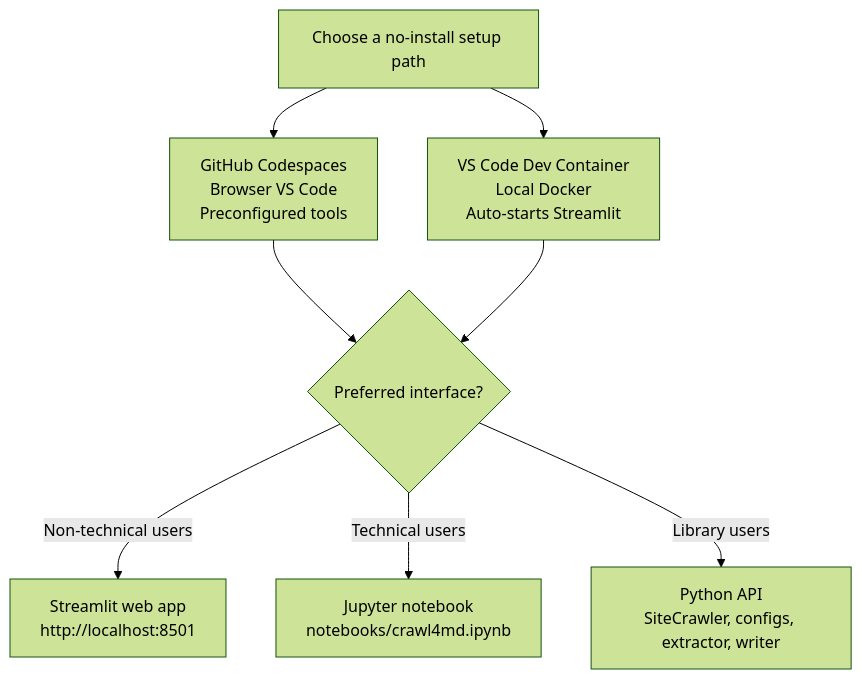
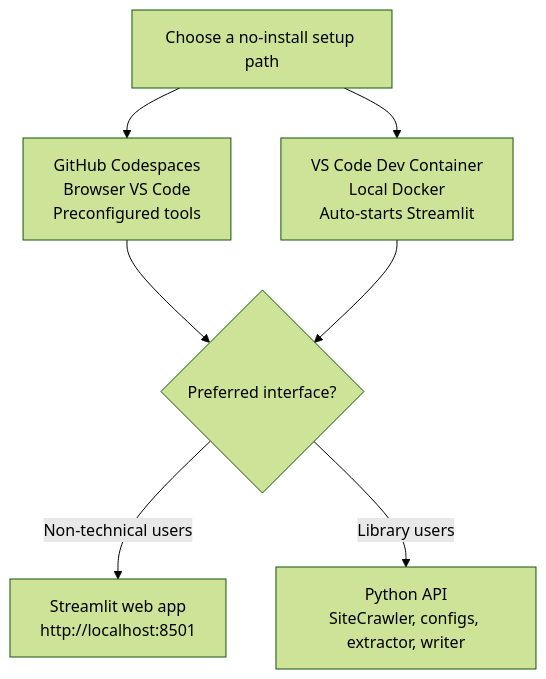
One commit to prakosd/crawl4md changed the diagram in docs/INSTALLATION.md. Above: the diagram before and after it, drawn with Mermaid (forest theme). The commit also changed other lines of this file and 49 other files, not shown here.

````diff
--- a/docs/INSTALLATION.md
+++ b/docs/INSTALLATION.md
@@ -21,10 +21,9 @@
 ```mermaid
 flowchart TD
   Start["Choose a no-install setup path"] --> Codespaces["GitHub Codespaces<br/>Browser VS Code<br/>Preconfigured tools"]
   Start --> DevContainer["VS Code Dev Container<br/>Local Docker<br/>Auto-starts Streamlit"]
   Codespaces --> UseCase{"Preferred interface?"}
   DevContainer --> UseCase
   UseCase -->|Non-technical users| Streamlit["Streamlit web app<br/>http://localhost:8501"]
-  UseCase -->|Technical users| Notebook["Jupyter notebook<br/>notebooks/crawl4md.ipynb"]
   UseCase -->|Library users| PythonAPI["Python API<br/>SiteCrawler, configs, extractor, writer"]
 ```
````
